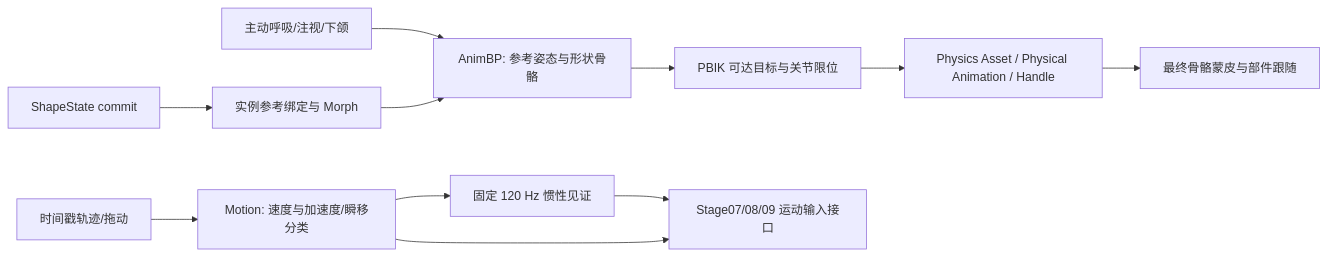
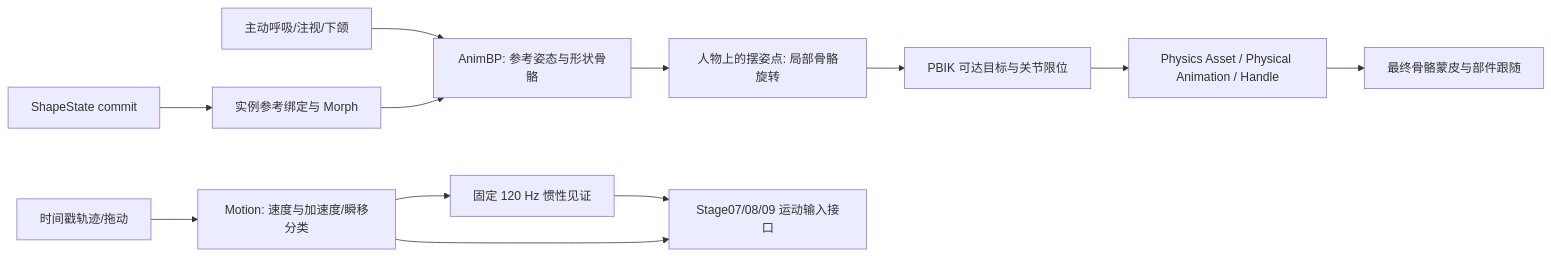
One commit to iiishop/Vam2UE5 changed the diagram in STAGE06.md. Above: the diagram before and after it, drawn with Mermaid. The commit also changed other lines of this file and 18 other files, not shown here.

````diff
--- a/STAGE06.md
+++ b/STAGE06.md
@@ -23,13 +23,14 @@
 ```mermaid
 flowchart LR
     I[时间戳轨迹/拖动] --> M[Motion: 速度与加速度/瞬移分类]
     M --> W[固定 120 Hz 惯性见证]
     S[ShapeState commit] --> B[实例参考绑定与 Morph]
     A[主动呼吸/注视/下颌] --> P[AnimBP: 参考姿态与形状骨骼]
     B --> P
-    P --> K[PBIK 可达目标与关节限位]
+    P --> H[人物上的摆姿点: 局部骨骼旋转]
+    H --> K[PBIK 可达目标与关节限位]
     K --> R[Physics Asset / Physical Animation / Handle]
     R --> D[最终骨骼蒙皮与部件跟随]
     W --> F[Stage07/08/09 运动输入接口]
     M --> F
 ```
````
